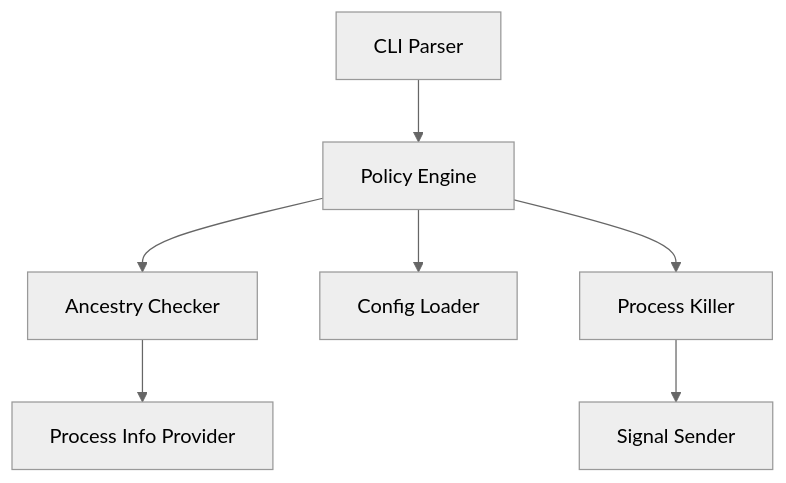
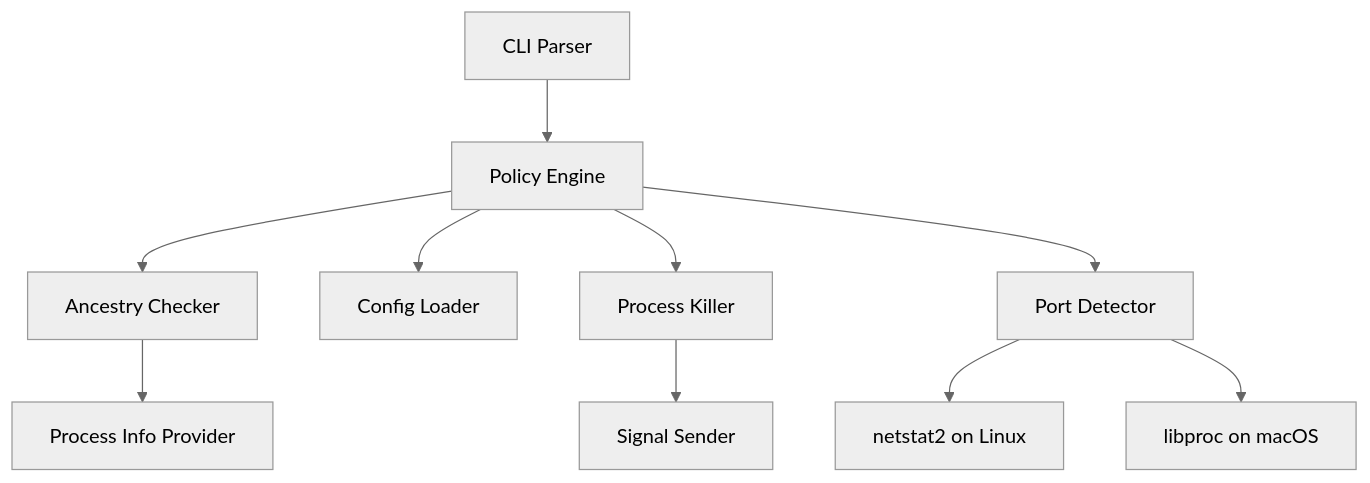
The diagram in docs/architecture.md (owayo/safe-kill), drawn with Mermaid (neutral theme) before and after one commit. The commit also changed other lines of this file and 25 other files, not shown here.

````diff
--- a/docs/architecture.md
+++ b/docs/architecture.md
@@ -7,9 +7,12 @@
 ```mermaid
 flowchart TB
     CLI[CLI Parser] --> Policy[Policy Engine]
     Policy --> Ancestry[Ancestry Checker]
     Policy --> Config[Config Loader]
     Policy --> Killer[Process Killer]
+    Policy --> Port[Port Detector]
+    Port --> PortLinux[netstat2 on Linux]
+    Port --> PortMac[libproc on macOS]
     Ancestry --> ProcInfo[Process Info Provider]
     Killer --> Signal[Signal Sender]
 ```
````
